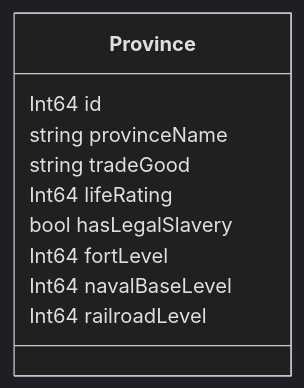
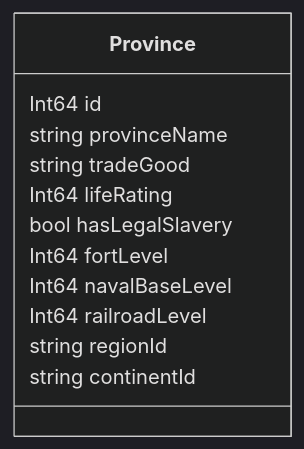
The diagram in docs/simulation/provinces.md (OpenVicProject/OpenVic), drawn with Mermaid (dark theme) before and after one commit. The commit also changed other lines of this file, not shown here.

````diff
--- a/docs/simulation/provinces.md
+++ b/docs/simulation/provinces.md
@@ -5,14 +5,17 @@
 ```mermaid
 classDiagram
 	class Province {
 		Int64 id                 
 		string provinceName    
 		string tradeGood       
 		Int64 lifeRating         
 		bool hasLegalSlavery   
+
 		Int64 fortLevel          
 		Int64 navalBaseLevel     
 		Int64 railroadLevel
 		
+		string regionId
+		string continentId
 	}
 ```
````
